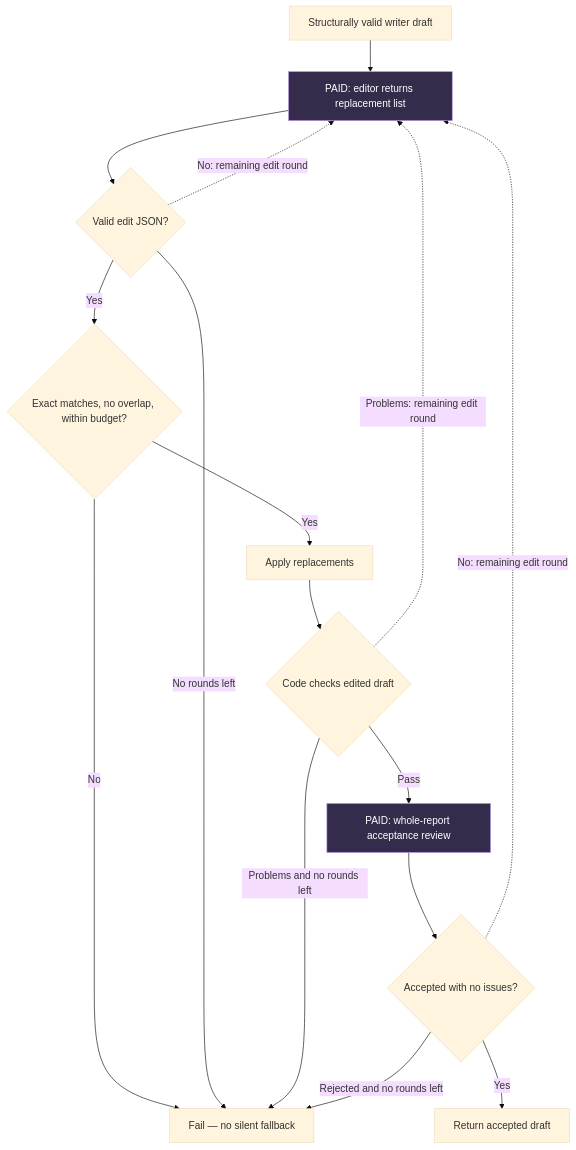
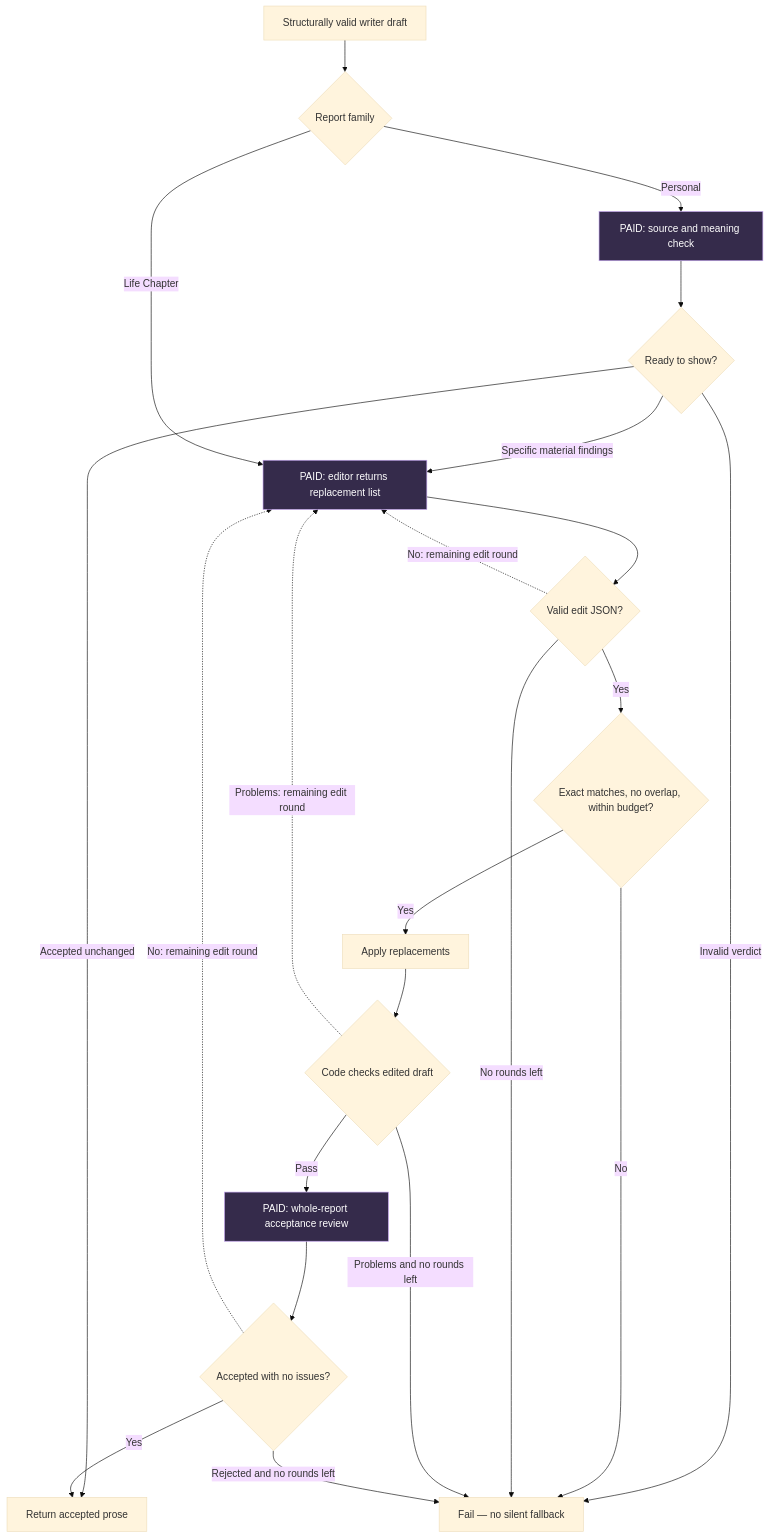
Before and after one commit to tonycecala/Astra: the second of 2 diagrams in docs/architecture/REPORT_WRITING_FLOW.md, drawn with Mermaid (base theme). The commit also changed other lines of this file and 6 other files, not shown here.

Commit message:
Make Personal editing conditional on source-review findings

````diff
--- a/docs/architecture/REPORT_WRITING_FLOW.md
+++ b/docs/architecture/REPORT_WRITING_FLOW.md
@@ -65,23 +73,29 @@
 ```mermaid
 flowchart TD
-    D["Structurally valid writer draft"] --> E["PAID: editor returns replacement list"]
+    D["Structurally valid writer draft"] --> K{"Report family"}
+    K -->|Personal| P["PAID: source and meaning check"]
+    P --> Q0{"Ready to show?"}
+    Q0 -->|Accepted unchanged| O["Return accepted prose"]
+    Q0 -->|Specific material findings| E["PAID: editor returns replacement list"]
+    Q0 -->|Invalid verdict| F["Fail — no silent fallback"]
+    K -->|Life Chapter| E
     E --> J{"Valid edit JSON?"}
     J -.->|No: remaining edit round| E
     J -->|Yes| B{"Exact matches, no overlap, within budget?"}
     B -->|No| F["Fail — no silent fallback"]
     B -->|Yes| A["Apply replacements"]
     A --> C{"Code checks edited draft"}
     C -.->|Problems: remaining edit round| E
     C -->|Pass| R["PAID: whole-report acceptance review"]
     R --> Q{"Accepted with no issues?"}
-    Q -->|Yes| O["Return accepted draft"]
+    Q -->|Yes| O
     Q -.->|No: remaining edit round| E
     J -->|No rounds left| F
     C -->|Problems and no rounds left| F
     Q -->|Rejected and no rounds left| F
     click E "../../packages/astrology/src/report/portraitsV4.ts" "editPortraitV4Draft"
     click B "../../packages/astrology/src/report/portraitsV4.ts" "applyPortraitV4Edits"
     click R "../../packages/astrology/src/report/portraitsV4.ts" "portraitV4ReviewPrompt"
     classDef paid fill:#352b4b,stroke:#be9fea,color:#fff
-    class E,R paid
+    class E,R,P paid
 ```
````
